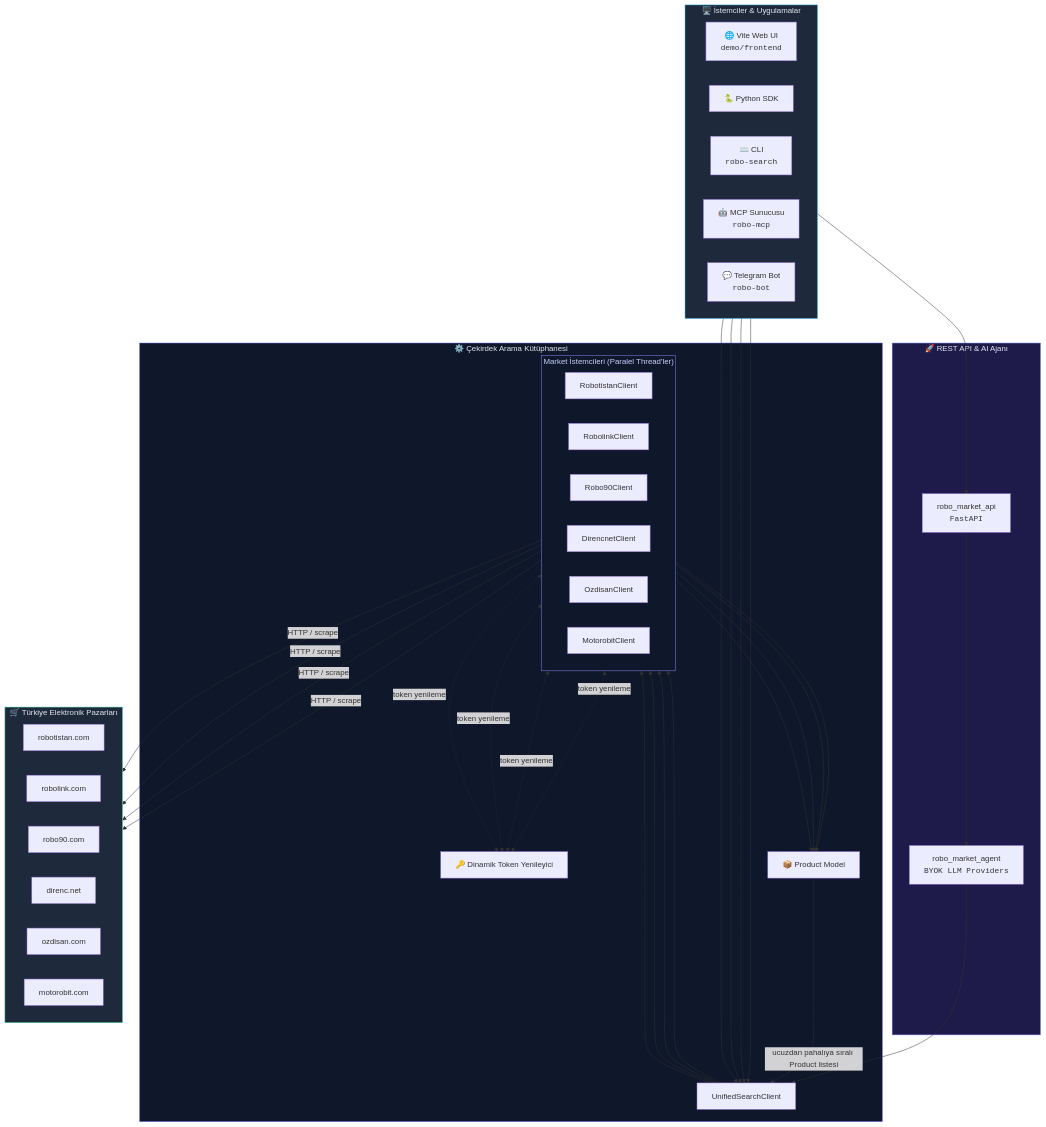
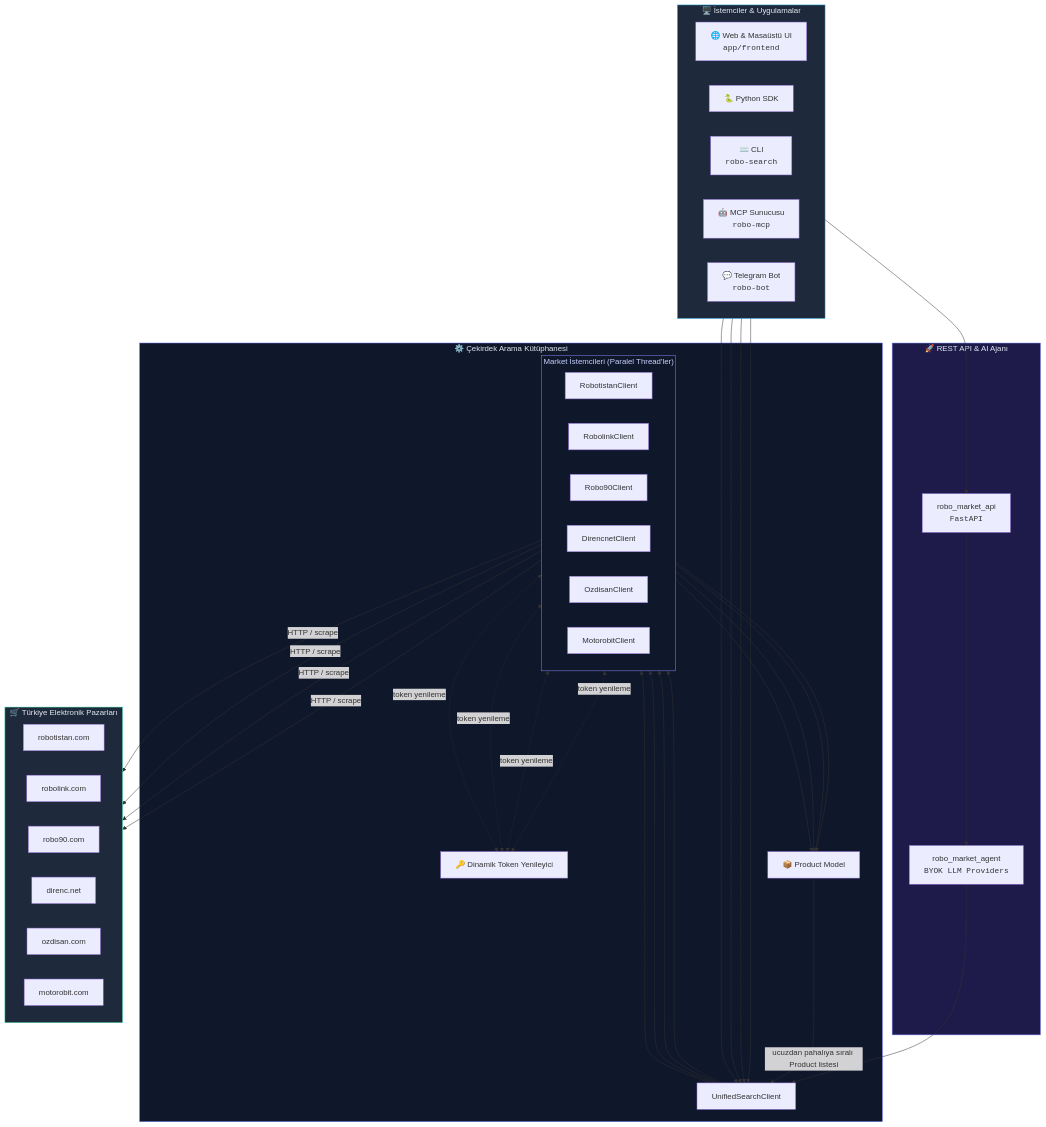
One commit to AtaCanYmc/robo-market-search changed the first of 2 diagrams in README.md. Above: the diagram before and after it, drawn with Mermaid. The commit also changed other lines of this file and 62 other files, not shown here.

Commit message:
refactor(architecture): rename demo to app and clean up legacy demo files

````diff
--- a/README.md
+++ b/README.md
@@ -104,70 +104,70 @@
 ```mermaid
 graph TB
     subgraph Clients["🖥️ İstemciler & Uygulamalar"]
         direction LR
-        WEB["🌐 Vite Web UI<br/><code>demo/frontend</code>"]
+        WEB["🌐 Web & Masaüstü UI<br/><code>app/frontend</code>"]
         PY["🐍 Python SDK"]
         CLI["⌨️ CLI<br/><code>robo-search</code>"]
         MCP["🤖 MCP Sunucusu<br/><code>robo-mcp</code>"]
         BOT["💬 Telegram Bot<br/><code>robo-bot</code>"]
     end
 
     subgraph API["🚀 REST API & AI Ajanı"]
         REST["robo_market_api<br/><code>FastAPI</code>"]
         AGENT["robo_market_agent<br/><code>BYOK LLM Providers</code>"]
     end
 
     subgraph Core["⚙️ Çekirdek Arama Kütüphanesi"]
         UC["UnifiedSearchClient"]
         subgraph Scrapers["Market İstemcileri (Paralel Thread'ler)"]
             direction LR
             R1["RobotistanClient"]
             R2["RobolinkClient"]
             R3["Robo90Client"]
             R4["DirencnetClient"]
             R5["OzdisanClient"]
             R6["MotorobitClient"]
         end
         TK["🔑 Dinamik Token Yenileyici"]
         MD["📦 Product Model"]
     end
 
     subgraph Markets["🛒 Türkiye Elektronik Pazarları"]
         direction LR
         M1["robotistan.com"]
         M2["robolink.com"]
         M3["robo90.com"]
         M4["direnc.net"]
         M5["ozdisan.com"]
         M6["motorobit.com"]
     end
 
     WEB --> REST
     PY  --> UC
     CLI --> UC
     MCP --> UC
     BOT --> UC
 
     REST --> AGENT
     AGENT --> UC
 
     UC --> R1 & R2 & R3 & R4
     R1 <-.->|token yenileme| TK
     R2 <-.->|token yenileme| TK
     R3 <-.->|token yenileme| TK
     R4 <-.->|token yenileme| TK
 
     R1 -->|HTTP / scrape| M1
     R2 -->|HTTP / scrape| M2
     R3 -->|HTTP / scrape| M3
     R4 -->|HTTP / scrape| M4
 
     R1 & R2 & R3 & R4 --> MD
     MD -->|"ucuzdan pahalıya sıralı Product listesi"| UC
 
     style Clients fill:#1e293b,stroke:#38bdf8,color:#e2e8f0
     style API     fill:#1e1b4b,stroke:#818cf8,color:#e2e8f0
     style Core    fill:#0f172a,stroke:#6366f1,color:#e2e8f0
     style Markets fill:#1e293b,stroke:#34d399,color:#e2e8f0
     style Scrapers fill:#0f172a,stroke:#818cf8,color:#c7d2fe
 ```
````
